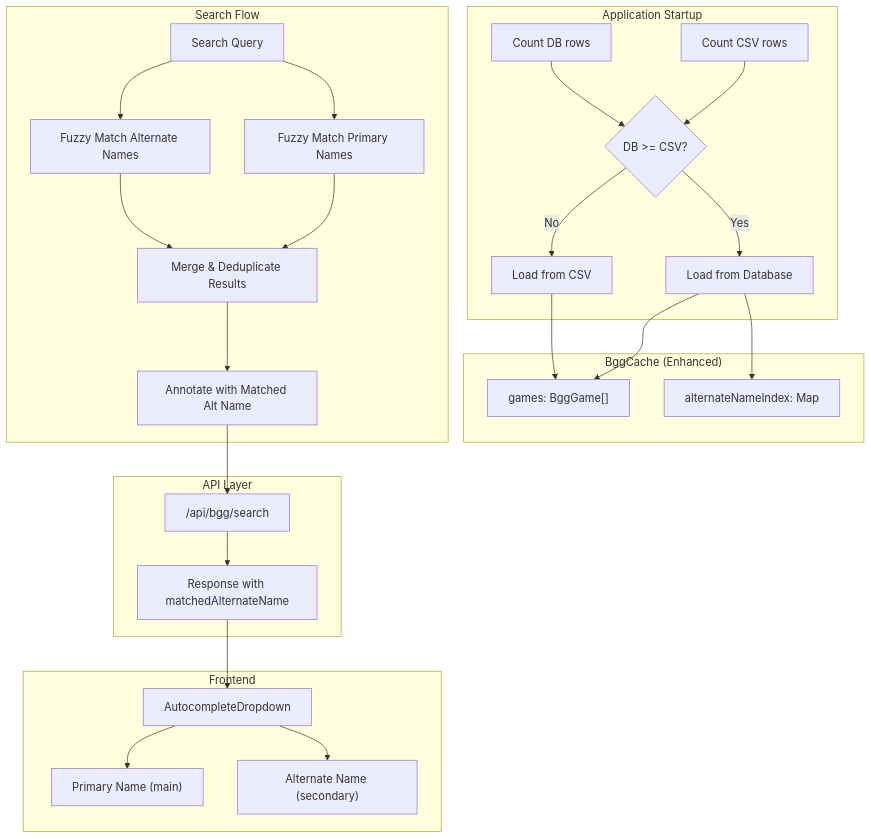
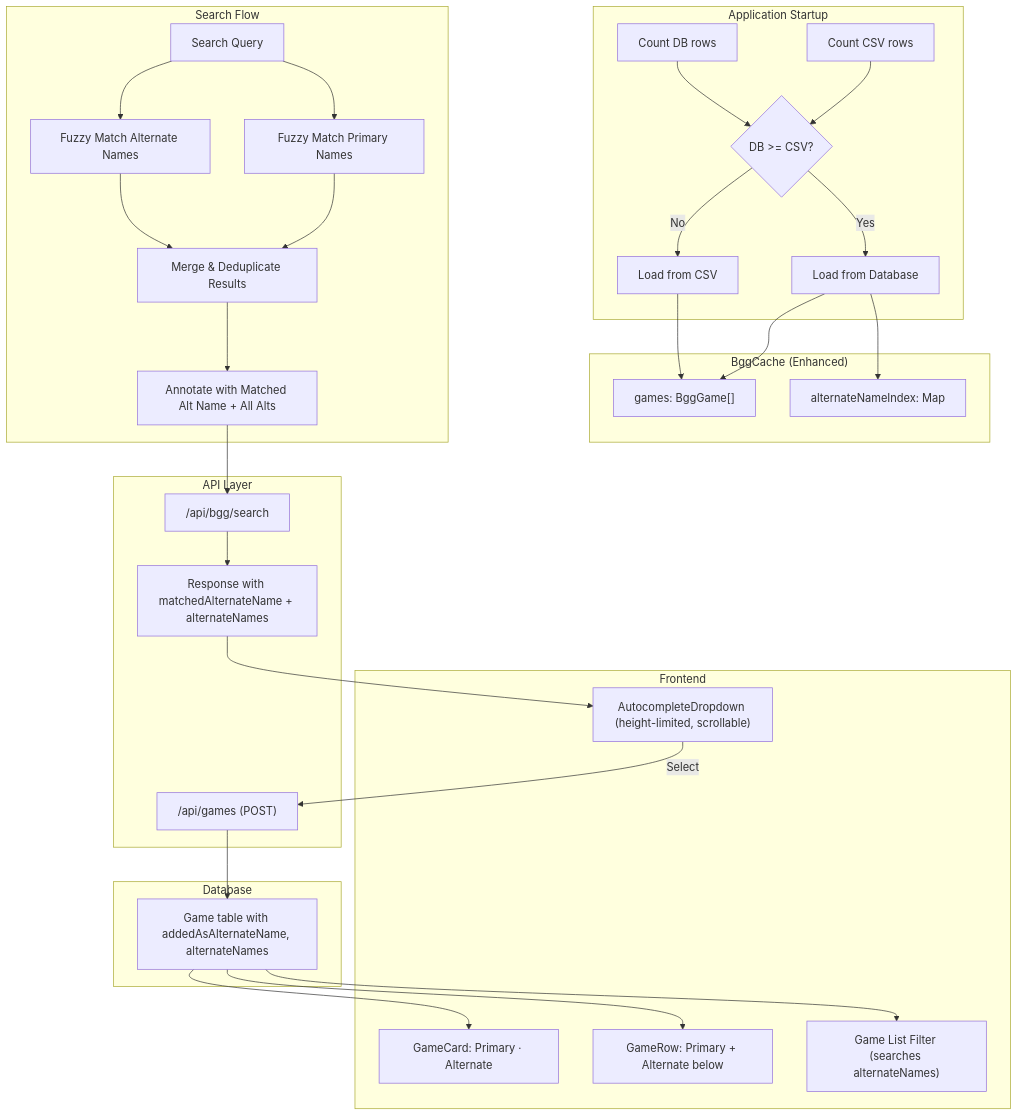
Before and after one commit to kreuzhofer/boardgame-list-manager: the first of 3 diagrams in .kiro/specs/014-alternate-names-search/design.md, drawn with Mermaid. The commit also changed other lines of this file and 25 other files, not shown here.

Commit message:
014 alternate names search

````diff
--- a/.kiro/specs/014-alternate-names-search/design.md
+++ b/.kiro/specs/014-alternate-names-search/design.md
@@ -9,53 +9,62 @@
 ```mermaid
 flowchart TB
     subgraph Startup["Application Startup"]
         CSVCount["Count CSV rows"]
         DBCount["Count DB rows"]
         Compare{"DB >= CSV?"}
         LoadCSV["Load from CSV"]
         LoadDB["Load from Database"]
     end
 
     subgraph Cache["BggCache (Enhanced)"]
         Games["games: BggGame[]"]
         AltIndex["alternateNameIndex: Map<string, number[]>"]
     end
 
     subgraph Search["Search Flow"]
         Query["Search Query"]
         FuzzyPrimary["Fuzzy Match Primary Names"]
         FuzzyAlt["Fuzzy Match Alternate Names"]
         Merge["Merge & Deduplicate Results"]
-        Annotate["Annotate with Matched Alt Name"]
+        Annotate["Annotate with Matched Alt Name + All Alts"]
     end
 
     subgraph API["API Layer"]
         SearchEndpoint["/api/bgg/search"]
-        Response["Response with matchedAlternateName"]
+        AddGameEndpoint["/api/games (POST)"]
+        Response["Response with matchedAlternateName + alternateNames"]
+    end
+
+    subgraph Database["Database"]
+        GameTable["Game table with addedAsAlternateName, alternateNames"]
     end
 
     subgraph Frontend["Frontend"]
-        Dropdown["AutocompleteDropdown"]
-        PrimaryName["Primary Name (main)"]
-        AltName["Alternate Name (secondary)"]
+        Dropdown["AutocompleteDropdown (height-limited, scrollable)"]
+        GameCard["GameCard: Primary · Alternate"]
+        GameRow["GameRow: Primary + Alternate below"]
+        Filter["Game List Filter (searches alternateNames)"]
     end
 
     CSVCount --> Compare
     DBCount --> Compare
     Compare -->|Yes| LoadDB
     Compare -->|No| LoadCSV
     LoadDB --> Games
     LoadDB --> AltIndex
     LoadCSV --> Games
 
     Query --> FuzzyPrimary
     Query --> FuzzyAlt
     FuzzyPrimary --> Merge
     FuzzyAlt --> Merge
     Merge --> Annotate
     Annotate --> SearchEndpoint
     SearchEndpoint --> Response
     Response --> Dropdown
-    Dropdown --> PrimaryName
-    Dropdown --> AltName
+    Dropdown -->|Select| AddGameEndpoint
+    AddGameEndpoint --> GameTable
+    GameTable --> GameCard
+    GameTable --> GameRow
+    GameTable --> Filter
 ```
````
